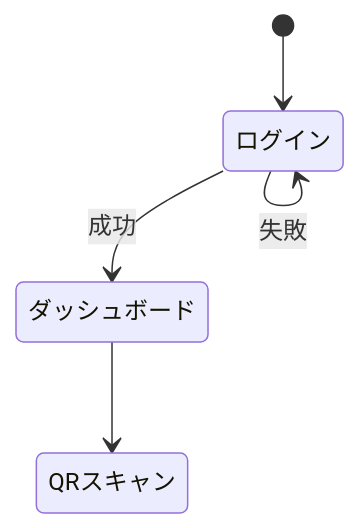
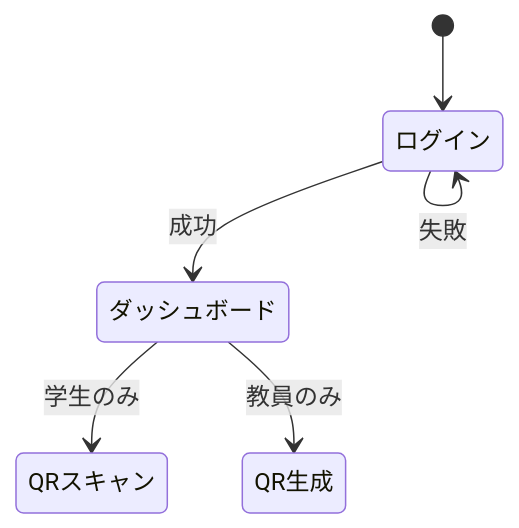
The fifth of 5 diagrams in 解説.md (syusyusyusyu/Attendance), drawn with Mermaid before and after one commit. The commit also changed other lines of this file, not shown here.

````diff
--- a/解説.md
+++ b/解説.md
@@ -471,7 +1035,8 @@
 ```mermaid
 stateDiagram-v2
   [*] --> ログイン
   ログイン --> ダッシュボード: 成功
   ログイン --> ログイン: 失敗
-  ダッシュボード --> QRスキャン
+  ダッシュボード --> QRスキャン: 学生のみ
+  ダッシュボード --> QR生成: 教員のみ
 ```
````
